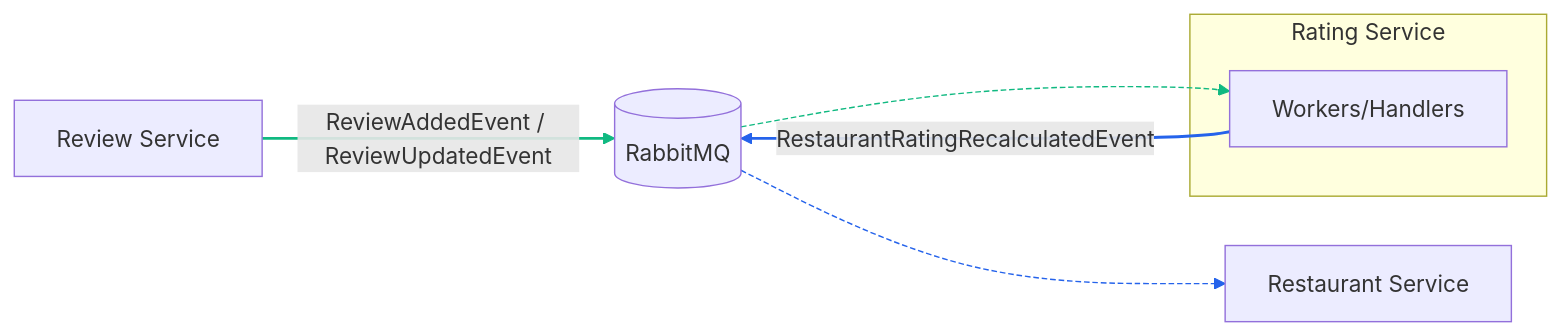
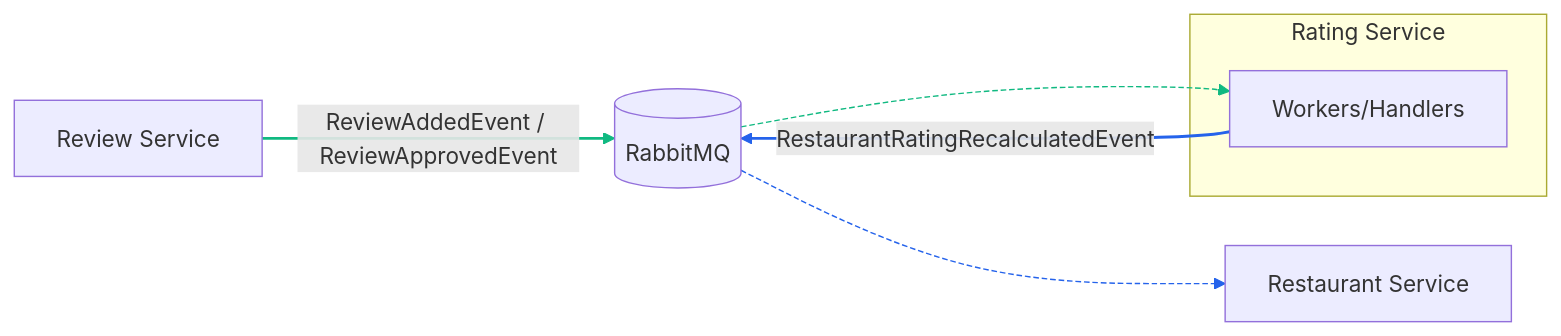
Before and after one commit to bagermoon/otuscode: the first of 2 diagrams in docs/services/RatingService.md, drawn with Mermaid. The commit also changed other lines of this file and 8 other files, not shown here.

Commit message:
feat(review): replace ReviewUpdatedEvent with ReviewApprovedEvent

````diff
--- a/docs/services/RatingService.md
+++ b/docs/services/RatingService.md
@@ -90,25 +90,25 @@
 ```mermaid
 flowchart LR
     %% Входящие события от Review
-    RV[Review Service] -- ReviewAddedEvent / ReviewUpdatedEvent --> MQ[(RabbitMQ)]
+    RV[Review Service] -- ReviewAddedEvent / ReviewApprovedEvent --> MQ[(RabbitMQ)]
     MQ --> RT
 
     subgraph Rating_Service[Rating Service]
         RT[Workers/Handlers]
     end
 
     %% Исходящая проекция рейтинга
     RT -- RestaurantRatingRecalculatedEvent --> MQ
     MQ --> RS[Restaurant Service]
 
     %% Подсветка стрелок для визуализации семейств событий
     %% 0: RV->MQ (события Review)
     linkStyle 0 stroke:#10b981,stroke-width:2px
     %% 1: MQ->RT (доставка событий Review)
     linkStyle 1 stroke:#10b981,stroke-dasharray: 4 2
 
     %% 2: RT->MQ (события Rating)
     linkStyle 2 stroke:#2563eb,stroke-width:2px
     %% 3: MQ->RS (доставка событий Rating)
     linkStyle 3 stroke:#2563eb,stroke-dasharray: 4 2
 ```
````
